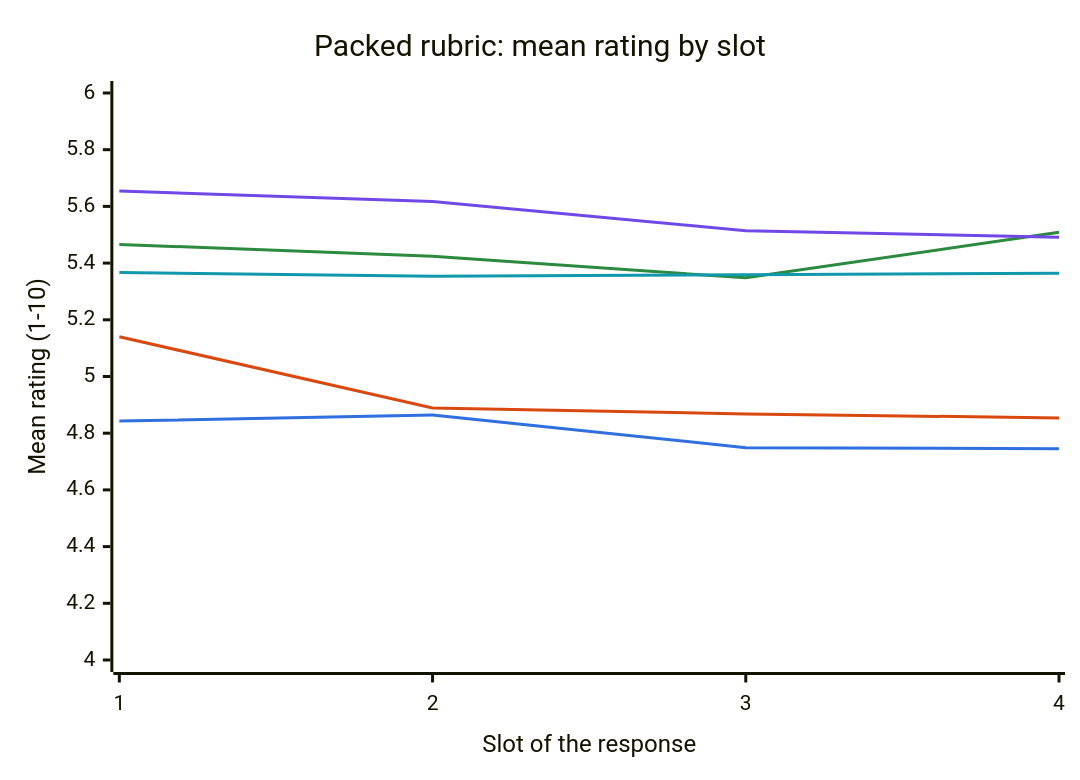
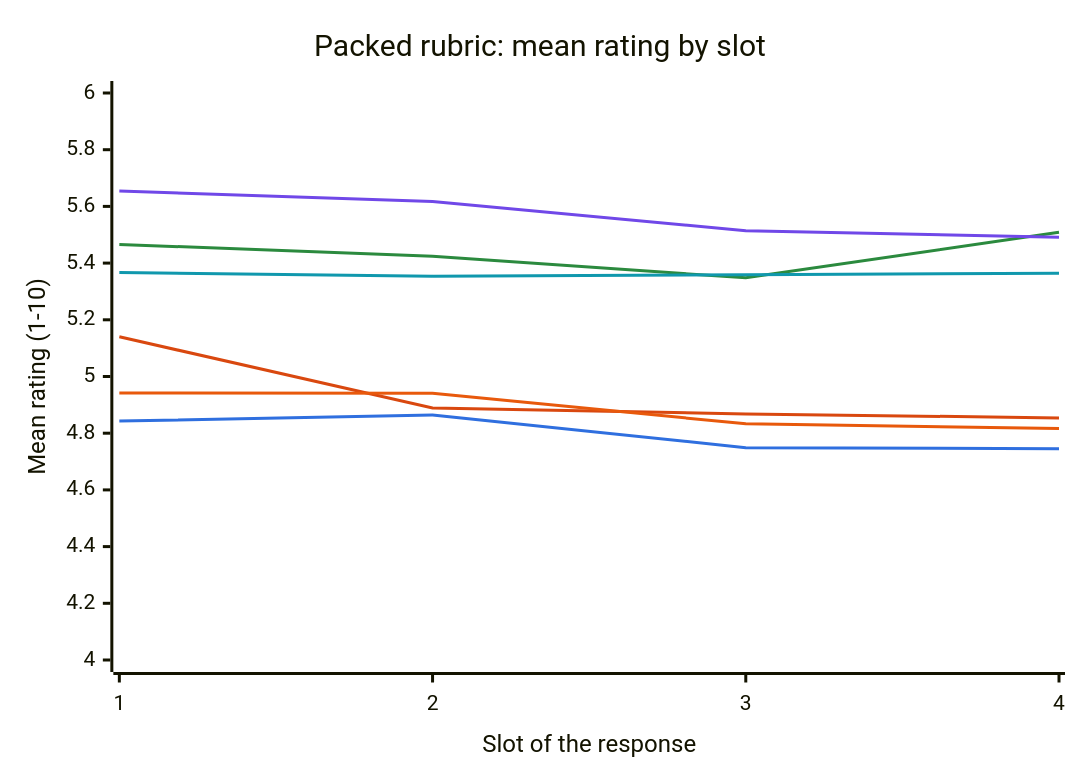
One commit to dorkitude/order-blind-decisions changed the second of 2 diagrams in results/main-report.md. Above: the diagram before and after it, drawn with Mermaid. The commit also changed other lines of this file and 15 other files, not shown here.

````diff
--- a/results/main-report.md
+++ b/results/main-report.md
@@ -42,12 +44,13 @@
 ```mermaid
-%%{init: {"themeVariables": {"xyChart": {"plotColorPalette": "#2f6fdf, #d9480f, #2b8a3e, #7048e8, #1098ad"}}}}%%
+%%{init: {"themeVariables": {"xyChart": {"plotColorPalette": "#2f6fdf, #d9480f, #2b8a3e, #7048e8, #1098ad, #e8590c"}}}}%%
 xychart-beta
     title "Packed rubric: mean rating by slot"
     x-axis "Slot of the response" [1, 2, 3, 4]
     y-axis "Mean rating (1-10)" 4.0 --> 6.0
     line [4.843, 4.864, 4.749, 4.745]
     line [5.140, 4.889, 4.868, 4.854]
     line [5.466, 5.424, 5.348, 5.509]
     line [5.654, 5.617, 5.514, 5.491]
     line [5.367, 5.354, 5.359, 5.364]
+    line [4.942, 4.941, 4.833, 4.817]
 ```
````
